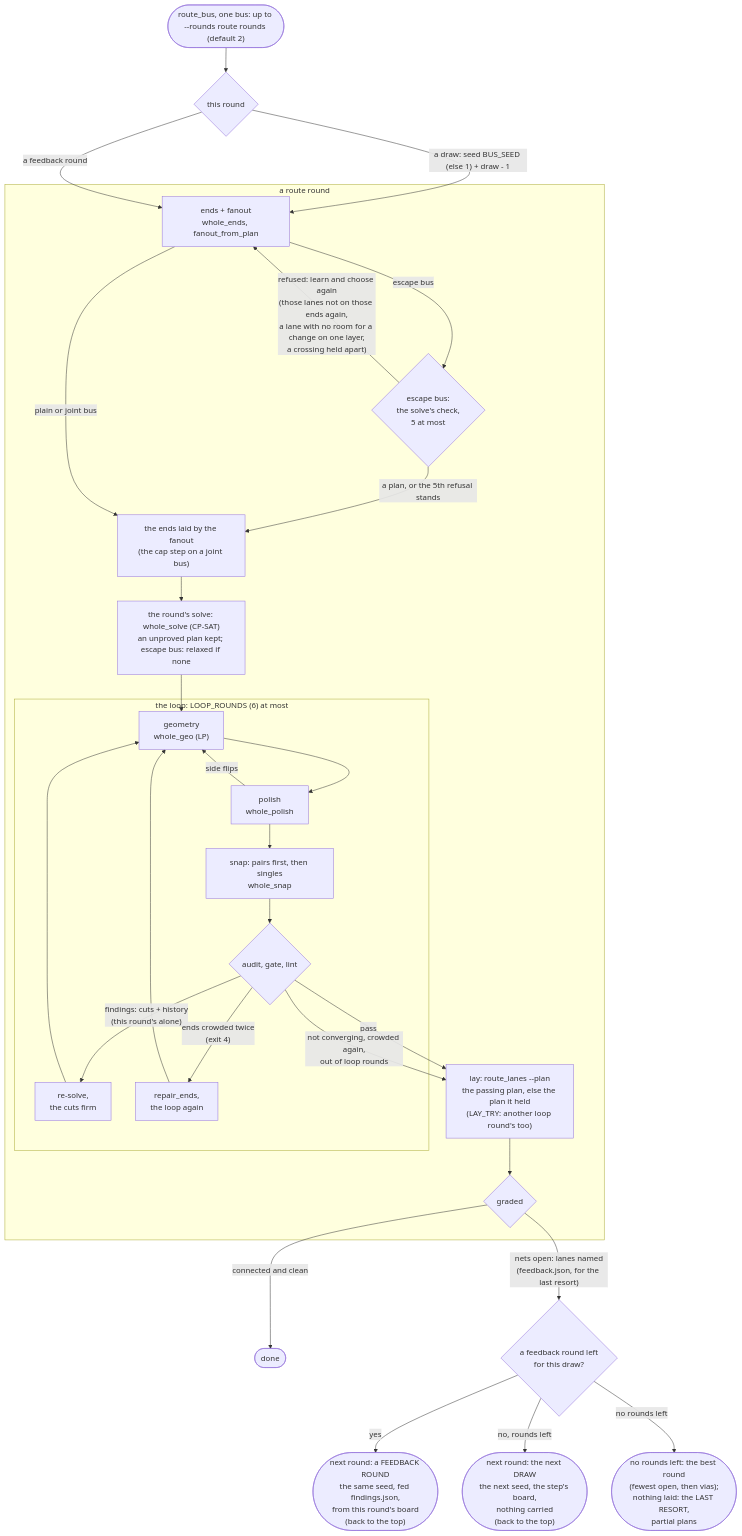
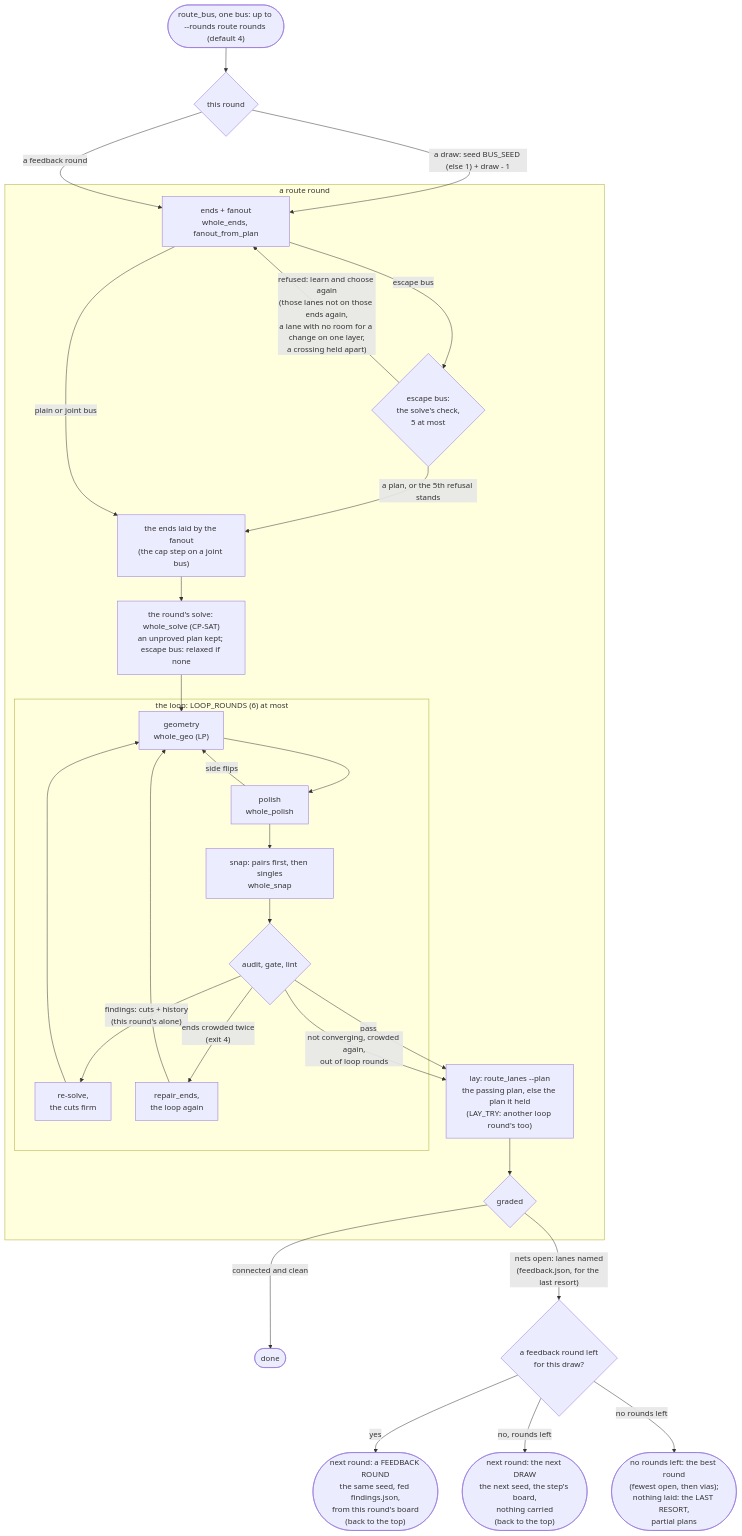
One commit to drandyhaas/KiCadRoutingTools changed the diagram in docs/diagrams/bus_rounds_detail.mmd. Above: the diagram before and after it, drawn with Mermaid. The commit also changed 5 other files, not shown here.

First line of the commit message:
awx bus step: four rounds by default; a shared array's escape bus chooses its ends clear of the earlier buses' locked copper

```diff
--- a/docs/diagrams/bus_rounds_detail.mmd
+++ b/docs/diagrams/bus_rounds_detail.mmd
@@ -1,49 +1,49 @@
 flowchart TD
-    START(["route_bus, one bus: up to --rounds route rounds (default 2)"])
+    START(["route_bus, one bus: up to --rounds route rounds (default 4)"])
     KIND{"this round"}
     subgraph ROUND["a route round"]
         E["ends + fanout<br/>whole_ends, fanout_from_plan"]
         CHK{"escape bus:<br/>the solve's check,<br/>5 at most"}
         FO["the ends laid by the fanout<br/>(the cap step on a joint bus)"]
         S["the round's solve: whole_solve (CP-SAT)<br/>an unproved plan kept; escape bus: relaxed if none"]
         subgraph LOOP["the loop: LOOP_ROUNDS (6) at most"]
             G["geometry<br/>whole_geo (LP)"]
             P["polish<br/>whole_polish"]
             N["snap: pairs first, then singles<br/>whole_snap"]
             A{"audit, gate, lint"}
             RS["re-solve,<br/>the cuts firm"]
             REP["repair_ends,<br/>the loop again"]
         end
         L["lay: route_lanes --plan<br/>the passing plan, else the plan it held<br/>(LAY_TRY: another loop round's too)"]
         GR{"graded"}
     end
     STOP(["done"])
     NEXT{"a feedback round left<br/>for this draw?"}
     FB(["next round: a FEEDBACK ROUND<br/>the same seed, fed findings.json,<br/>from this round's board<br/>(back to the top)"])
     DR(["next round: the next DRAW<br/>the next seed, the step's board,<br/>nothing carried<br/>(back to the top)"])
     BEST(["no rounds left: the best round<br/>(fewest open, then vias);<br/>nothing laid: the LAST RESORT,<br/>partial plans"])
     START --> KIND
     KIND -- "a draw: seed BUS_SEED (else 1) + draw - 1" --> E
     KIND -- "a feedback round" --> E
     E -- "escape bus" --> CHK
     CHK -- "refused: learn and choose again<br/>(those lanes not on those ends again,<br/>a lane with no room for a change on one layer,<br/>a crossing held apart)" --> E
     CHK -- "a plan, or the 5th refusal stands" --> FO
     E -- "plain or joint bus" --> FO
     FO --> S
     S --> G
     G --> P
     P -- "side flips" --> G
     P --> N
     N --> A
     A -- "findings: cuts + history<br/>(this round's alone)" --> RS
     RS --> G
     A -- "ends crowded twice<br/>(exit 4)" --> REP
     REP --> G
     A -- "pass" --> L
     A -- "not converging, crowded again,<br/>out of loop rounds" --> L
     L --> GR
     GR -- "connected and clean" --> STOP
     GR -- "nets open: lanes named<br/>(feedback.json, for the last resort)" --> NEXT
     NEXT -- "yes" --> FB
     NEXT -- "no, rounds left" --> DR
     NEXT -- "no rounds left" --> BEST
```
